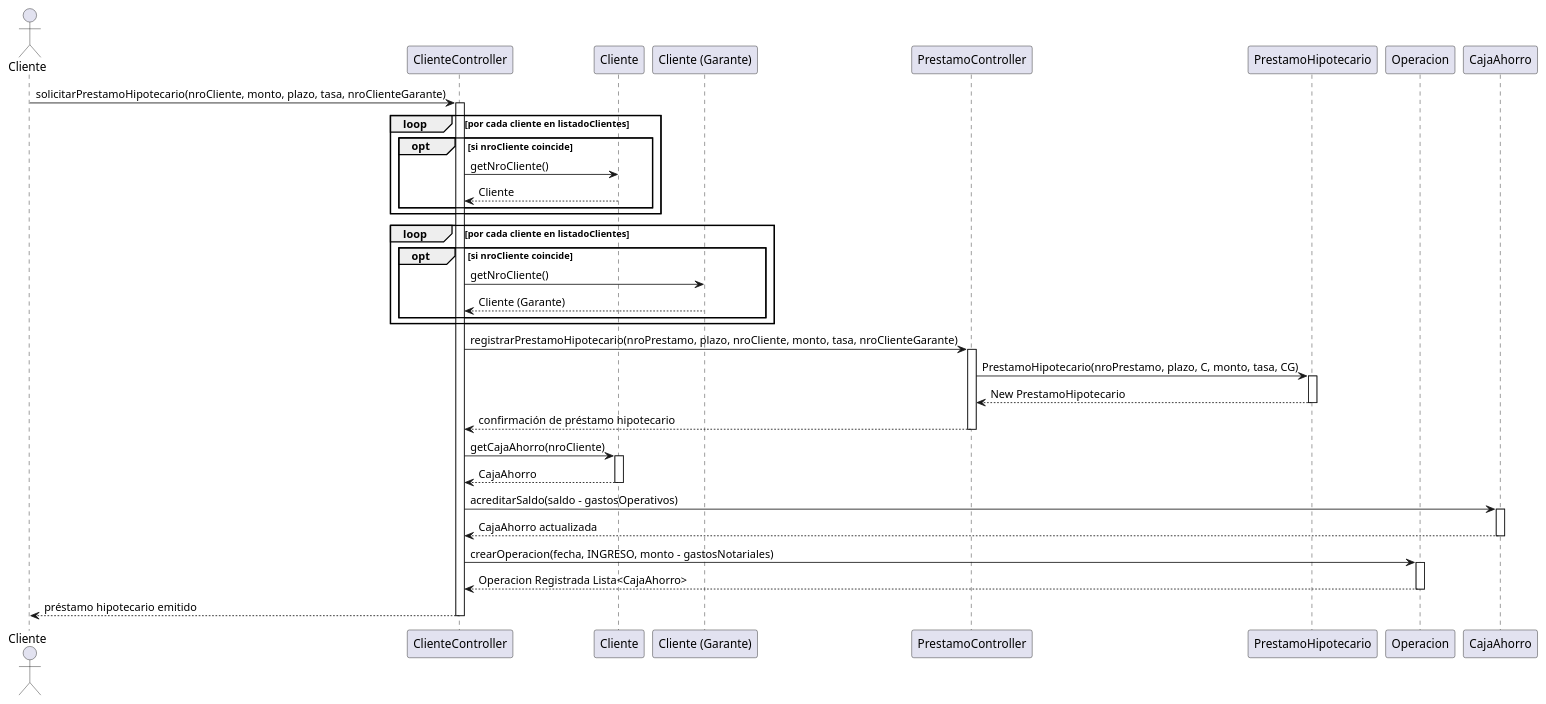
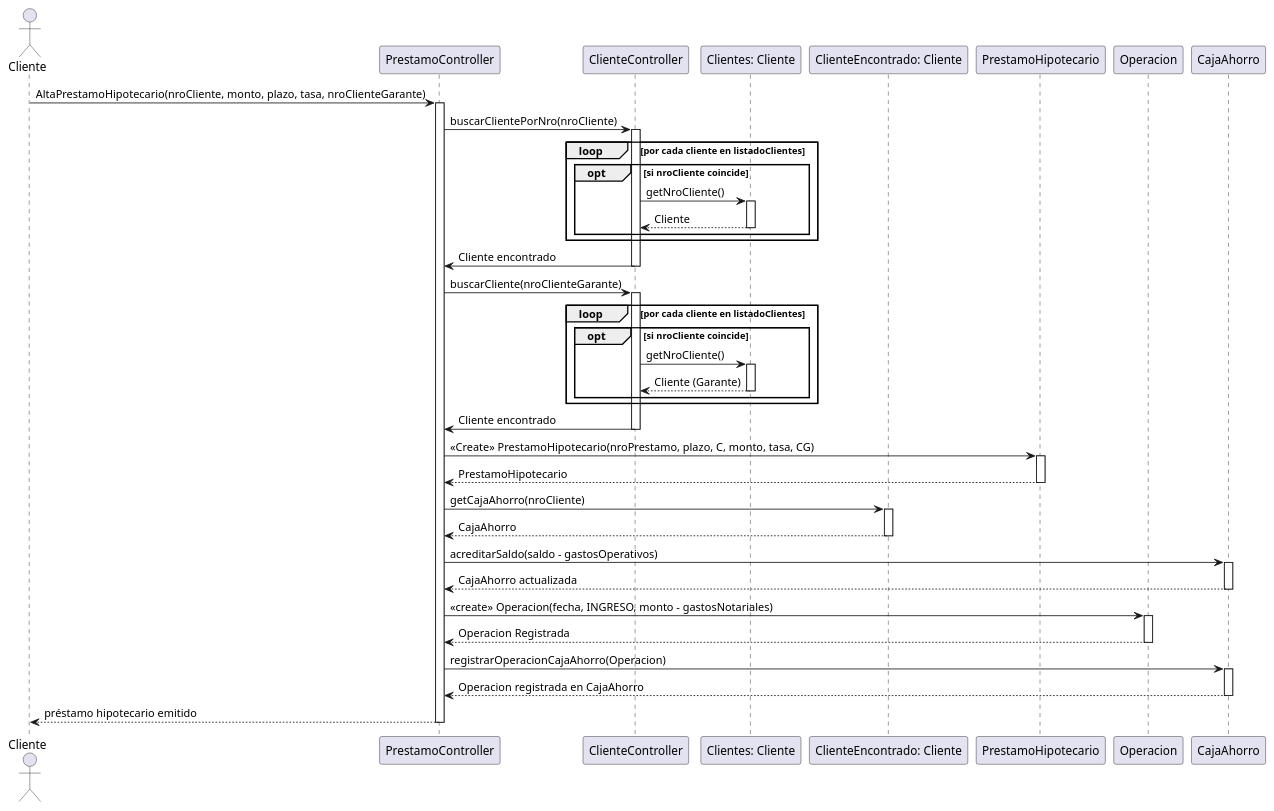
Before and after one commit to CoachEmilio/FinalAdelantadoPOO: the diagram in src/main/java/org/uade/diagrams/EmitirPrestamoHipotecario.puml, drawn with PlantUML. The commit also changed 2 other files, not shown here.

Commit message:
Sequence Diagrams Updated - Exams day

```diff
--- a/src/main/java/org/uade/diagrams/EmitirPrestamoHipotecario.puml
+++ b/src/main/java/org/uade/diagrams/EmitirPrestamoHipotecario.puml
@@ -1,61 +1,72 @@
 @startuml
-        actor Cliente
-        participant "ClienteController" as CC
-        participant "Cliente" as C
-        participant "Cliente (Garante)" as CG
-        participant "PrestamoController" as PC
-        participant "PrestamoHipotecario" as PH
-        participant "Operacion" as O
-        participant "CajaAhorro" as CA
+actor Cliente
+participant "PrestamoController" as PC
+participant "PrestamoHipotecario" as PH
+participant "ClienteController" as CC
+participant "Clientes: Cliente" as C
+participant "ClienteEncontrado: Cliente" as CE
+participant "PrestamoHipotecario" as PH
+participant "Operacion" as O
+participant "CajaAhorro" as CA
 
-        Cliente -> CC: solicitarPrestamoHipotecario(nroCliente, monto, plazo, tasa, nroClienteGarante)
-        activate CC
-
-        ' Buscar cliente solicitante (loop y opt)
-        loop por cada cliente en listadoClientes
-            opt si nroCliente coincide
-                CC -> C: getNroCliente()
-                CC <-- C: Cliente
-            end
-        end
-
-        ' Buscar cliente garante (loop y opt)
-        loop por cada cliente en listadoClientes
-            opt si nroCliente coincide
-                CC -> CG: getNroCliente()
-                CC <-- CG: Cliente (Garante)
-            end
-        end
-
-        CC -> PC: registrarPrestamoHipotecario(nroPrestamo, plazo, nroCliente, monto, tasa, nroClienteGarante)
-        activate PC
-
-        PC -> PH: PrestamoHipotecario(nroPrestamo, plazo, C, monto, tasa, CG)
-        activate PH
-        PC <-- PH: New PrestamoHipotecario
-        deactivate PH
-        PC --> CC: confirmación de préstamo hipotecario
-        deactivate PC
-
-        CC -> C: getCajaAhorro(nroCliente)
-        activate C
-        C --> CC: CajaAhorro
-        deactivate C
+Cliente -> PC: AltaPrestamoHipotecario(nroCliente, monto, plazo, tasa, nroClienteGarante)
 
 
-        CC -> CA: acreditarSaldo(saldo - gastosOperativos)
-        activate CA
-        CA --> CC: CajaAhorro actualizada
-        deactivate CA
+activate PC
+PC -> CC: buscarClientePorNro(nroCliente)
+activate CC
+' Buscar cliente solicitante (loop y opt)
+loop por cada cliente en listadoClientes
+    opt si nroCliente coincide
+        CC -> C: getNroCliente()
+        activate C
+        CC <-- C: Cliente
+        deactivate C
+    end
+end
+CC -> PC: Cliente encontrado
+deactivate CC
 
-        CC -> O: crearOperacion(fecha, INGRESO, monto - gastosNotariales)
-        activate O
-        O --> CC: Operacion Registrada Lista<CajaAhorro>
-        deactivate O
+PC -> CC: buscarCliente(nroClienteGarante)
+activate CC
+' Buscar cliente garante (loop y opt)
+loop por cada cliente en listadoClientes
+    opt si nroCliente coincide
+        CC -> C: getNroCliente()
+        activate C
+        CC <-- C: Cliente (Garante)
+        deactivate C
+    end
+end
+CC -> PC: Cliente encontrado
+deactivate CC
 
-        deactivate C
-        deactivate PC
+PC -> PH: <<Create>> PrestamoHipotecario(nroPrestamo, plazo, C, monto, tasa, CG)
+activate PH
+PC <-- PH: PrestamoHipotecario
+deactivate PH
 
-        CC --> Cliente: préstamo hipotecario emitido
-        deactivate CC
-        @enduml
+PC -> CE: getCajaAhorro(nroCliente)
+activate CE
+CE --> PC: CajaAhorro
+deactivate CE
+
+PC -> CA: acreditarSaldo(saldo - gastosOperativos)
+activate CA
+CA --> PC: CajaAhorro actualizada
+deactivate CA
+
+PC -> O: <<create>> Operacion(fecha, INGRESO, monto - gastosNotariales)
+activate O
+O --> PC: Operacion Registrada
+deactivate O
+
+PC -> CA: registrarOperacionCajaAhorro(Operacion)
+activate CA
+CA --> PC: Operacion registrada en CajaAhorro
+deactivate CA
+deactivate C
+
+PC --> Cliente: préstamo hipotecario emitido
+deactivate PC
+@enduml
```
